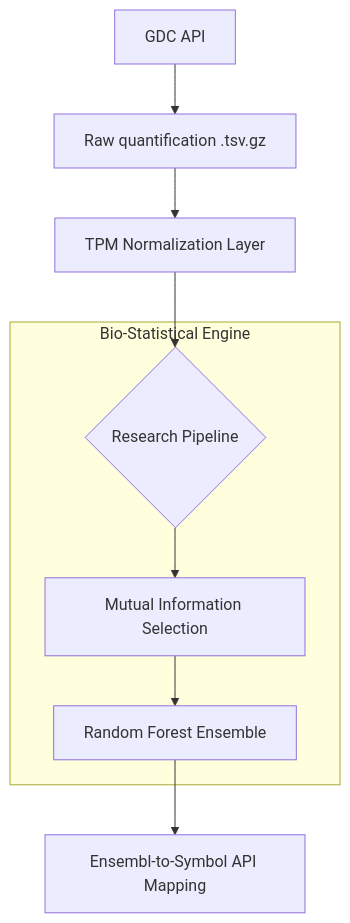
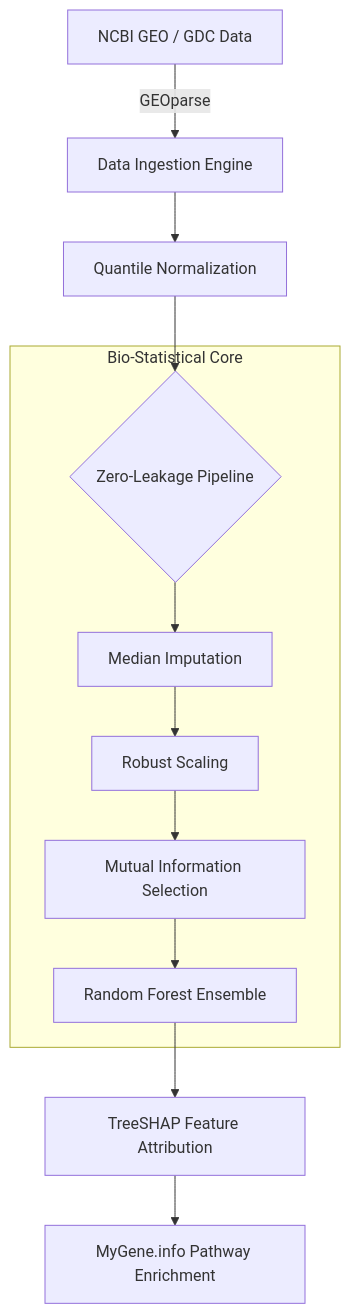
The diagram in README.md (fs0cietyx/CytoGraph-ML), drawn with Mermaid before and after one commit. The commit also changed other lines of this file, not shown here.

Commit message:
docs: professionalize README for research publication

````diff
--- a/README.md
+++ b/README.md
@@ -28,11 +28,14 @@
 ```mermaid
 graph TD
-    A[GDC API] --> B[Raw quantification .tsv.gz]
-    B --> C[TPM Normalization Layer]
-    C --> D{Research Pipeline}
-    subgraph "Bio-Statistical Engine"
-    D --> E[Mutual Information Selection]
-    E --> F[Random Forest Ensemble]
+    A[NCBI GEO / GDC Data] -->|GEOparse| B[Data Ingestion Engine]
+    B --> C[Quantile Normalization]
+    C --> D{Zero-Leakage Pipeline}
+    subgraph "Bio-Statistical Core"
+    D --> E[Median Imputation]
+    E --> F[Robust Scaling]
+    F --> G[Mutual Information Selection]
+    G --> H[Random Forest Ensemble]
     end
-    F --> G[Ensembl-to-Symbol API Mapping]
+    H --> I[TreeSHAP Feature Attribution]
+    I --> J[MyGene.info Pathway Enrichment]
 ```
````
